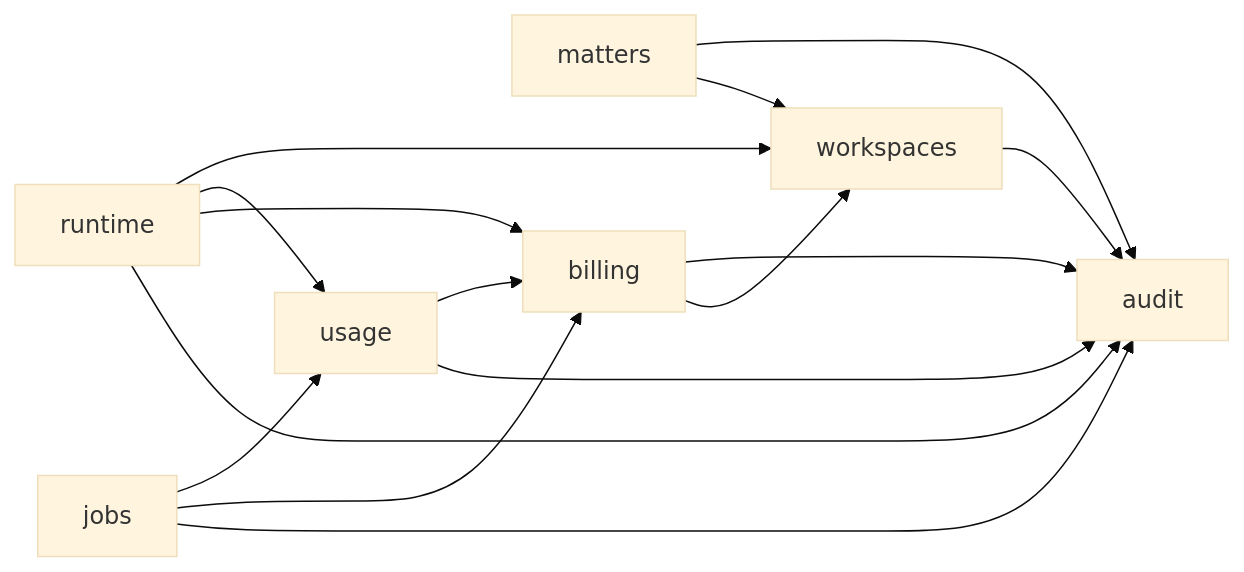
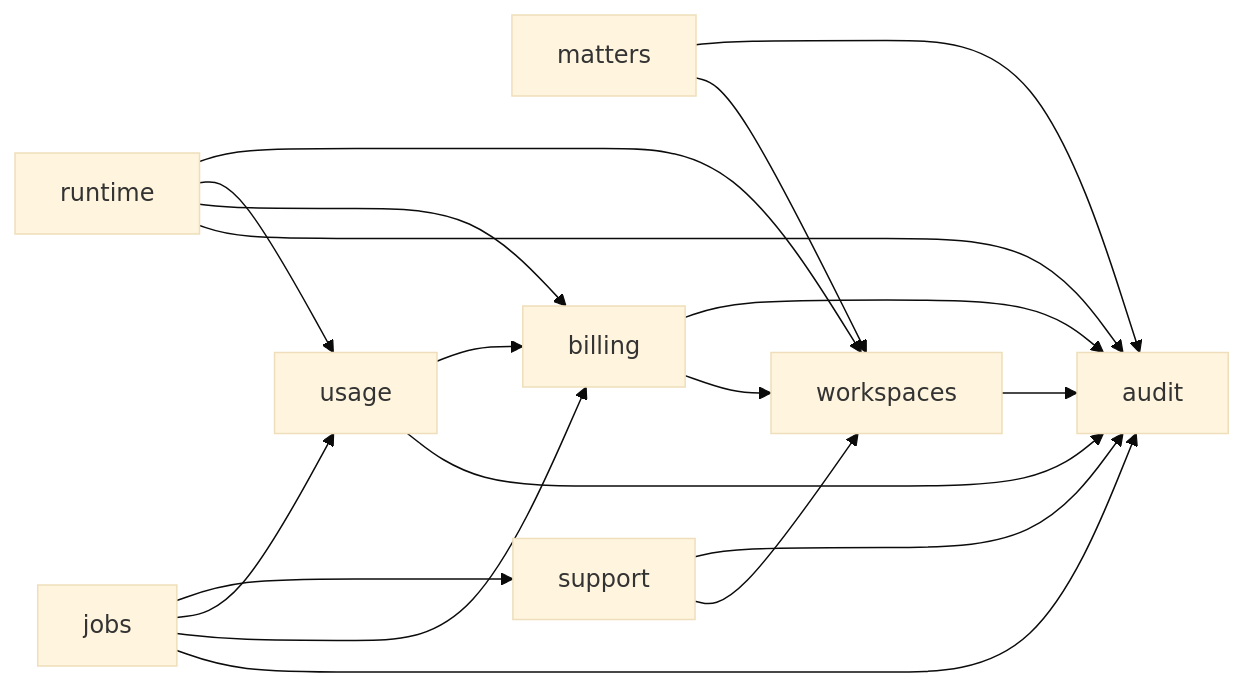
The diagram in docs/engineering/core-domains.md (RapierCraftStudios/causedeck), drawn with Mermaid (base theme) before and after one commit. The commit also changed other lines of this file and 5 other files, not shown here.

````diff
--- a/docs/engineering/core-domains.md
+++ b/docs/engineering/core-domains.md
@@ -55,17 +56,20 @@
 ```mermaid
 graph LR
   workspaces --> audit
   matters --> workspaces
   matters --> audit
   billing --> workspaces
   billing --> audit
   usage --> audit
   usage --> billing
+  support --> workspaces
+  support --> audit
   jobs --> audit
   jobs --> billing
   jobs --> usage
+  jobs --> support
   runtime --> audit
   runtime --> billing
   runtime --> usage
   runtime --> workspaces
 ```
````
